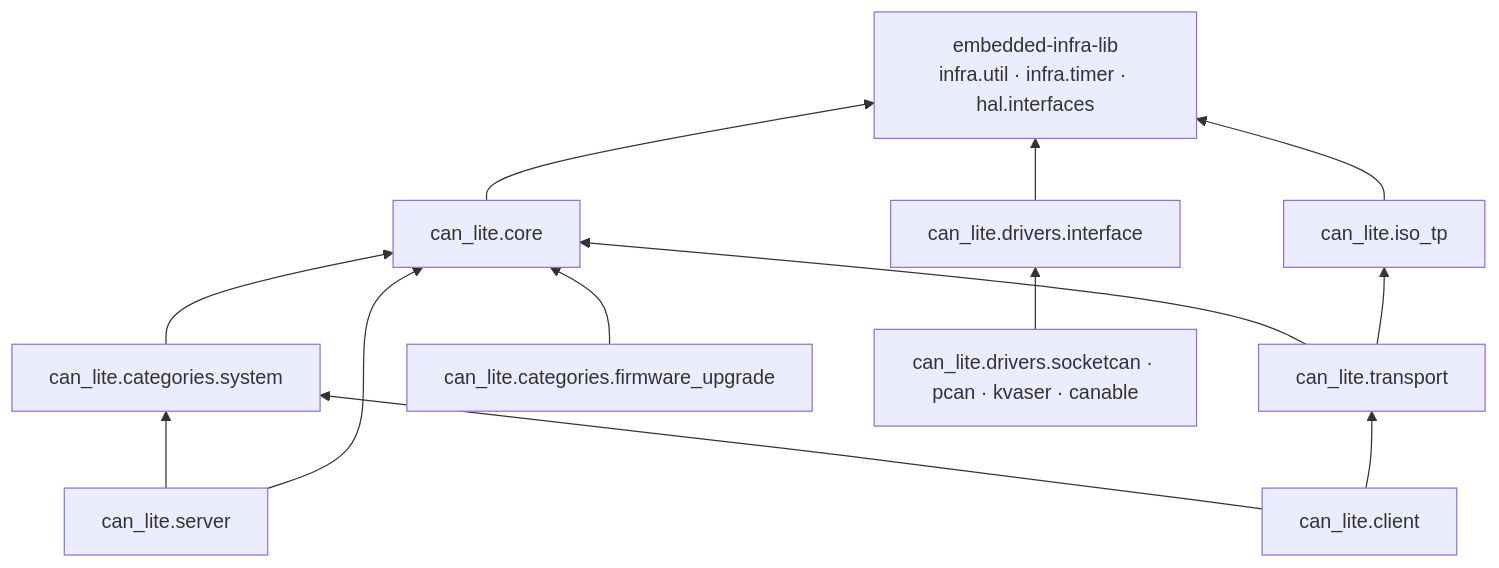
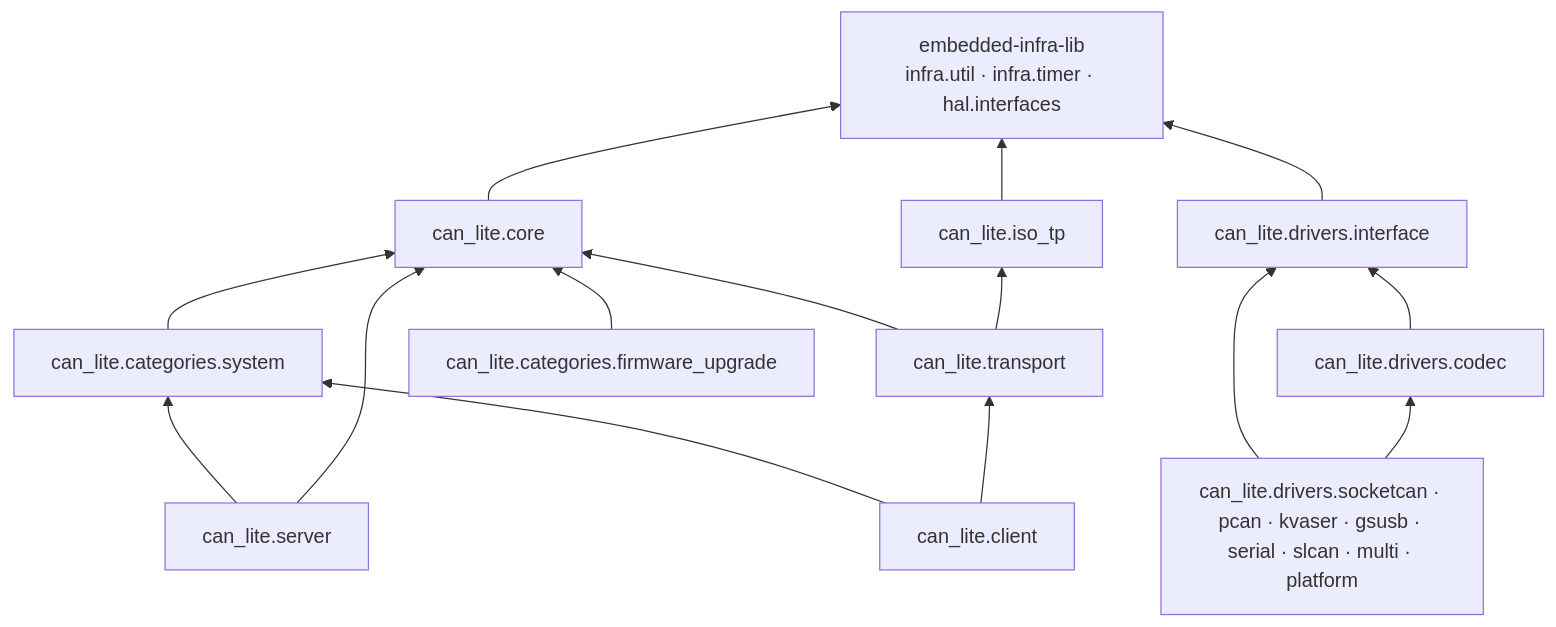
The second of 3 diagrams in documents/booklet/02-layer-map.md (embedded-pro/can-lite), drawn with Mermaid before and after one commit. The commit also changed 41 other files, not shown here.

````diff
--- a/documents/booklet/02-layer-map.md
+++ b/documents/booklet/02-layer-map.md
@@ -91,26 +91,29 @@
 ```mermaid
 flowchart BT
     core["can_lite.core"]
     isotp["can_lite.iso_tp"]
     transport["can_lite.transport"]
     system["can_lite.categories.system"]
     fwu["can_lite.categories.firmware_upgrade"]
     server["can_lite.server"]
     client["can_lite.client"]
     drvif["can_lite.drivers.interface"]
-    drv["can_lite.drivers.socketcan · pcan · kvaser · canable"]
+    codec["can_lite.drivers.codec"]
+    drv["can_lite.drivers.socketcan · pcan · kvaser · gsusb · serial · slcan · multi · platform"]
     emil["embedded-infra-lib<br/>infra.util · infra.timer · hal.interfaces"]
 
     core --> emil
     isotp --> emil
     transport --> core
     transport --> isotp
     system --> core
     fwu --> core
     server --> system
     server --> core
     client --> system
     client --> transport
     drvif --> emil
+    codec --> drvif
     drv --> drvif
+    drv --> codec
 ```
````
